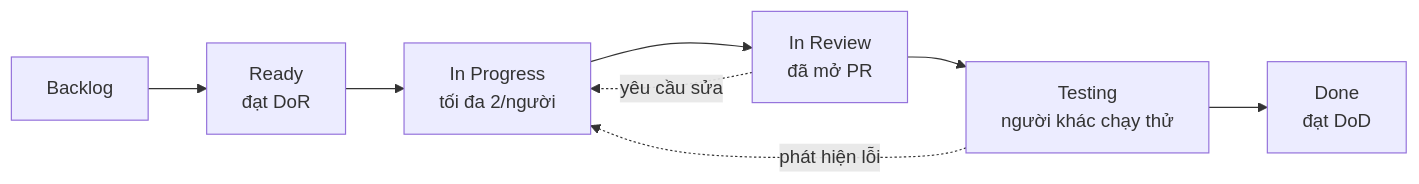
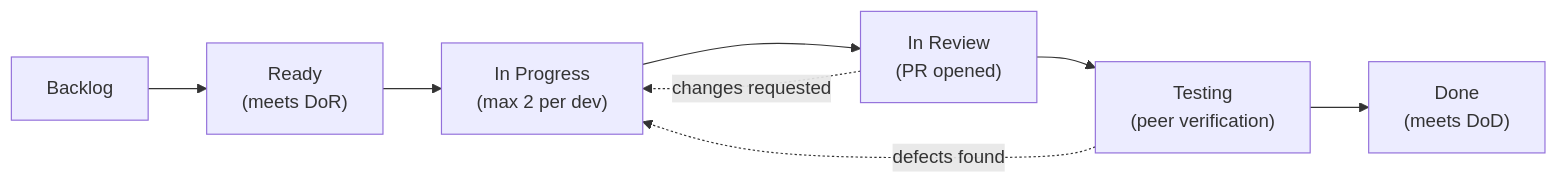
Before and after one commit to DuongDaiPhat/aws-camera-ai: the diagram in docs/conventions/GIT_WORKFLOW.md, drawn with Mermaid. The commit also changed other lines of this file and 19 other files, not shown here.

````diff
--- a/docs/conventions/GIT_WORKFLOW.md
+++ b/docs/conventions/GIT_WORKFLOW.md
@@ -146,10 +144,10 @@
 ```mermaid
 graph LR
-    A["Backlog"] --> B["Ready<br/>đạt DoR"]
-    B --> C["In Progress<br/>tối đa 2/người"]
-    C --> D["In Review<br/>đã mở PR"]
-    D --> E["Testing<br/>người khác chạy thử"]
-    E --> F["Done<br/>đạt DoD"]
-    D -.->|"yêu cầu sửa"| C
-    E -.->|"phát hiện lỗi"| C
+    A["Backlog"] --> B["Ready<br/>(meets DoR)"]
+    B --> C["In Progress<br/>(max 2 per dev)"]
+    C --> D["In Review<br/>(PR opened)"]
+    D --> E["Testing<br/>(peer verification)"]
+    E --> F["Done<br/>(meets DoD)"]
+    D -.->|"changes requested"| C
+    E -.->|"defects found"| C
 ```
````
